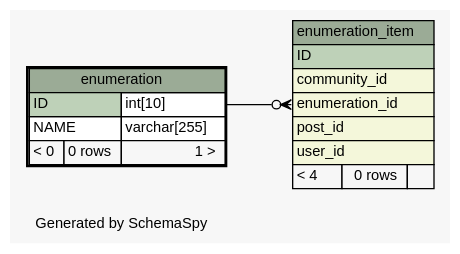
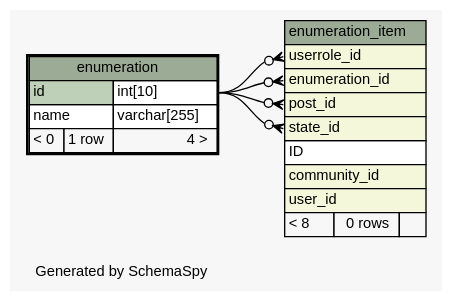
One commit to chr-krenn/chr-krenn-fhj-ws2017-sd17-pse changed the diagram in doc/db_schema/diagrams/enumeration.1degree.dot. Above: the diagram before and after it, drawn with Graphviz. The commit also changed 68 other files, not shown here.

Commit message:
update database schema documentation

```diff
--- a/doc/db_schema/diagrams/enumeration.1degree.dot
+++ b/doc/db_schema/diagrams/enumeration.1degree.dot
@@ -1,48 +1,53 @@
 // dot 2.40.1 on Linux 4.12.5-300.fc26.x86_64
 // SchemaSpy rev 590
 digraph "oneDegreeRelationshipsDiagram" {
   graph [
     rankdir="RL"
     bgcolor="#f7f7f7"
     label="\nGenerated by SchemaSpy"
     labeljust="l"
     nodesep="0.18"
     ranksep="0.46"
     fontname="Helvetica"
     fontsize="11"
   ];
   node [
     fontname="Helvetica"
     fontsize="11"
     shape="plaintext"
   ];
   edge [
     arrowsize="0.8"
   ];
-  "enumeration_item":"enumeration_id":w -> "enumeration":"ID.type":e [arrowhead=none dir=back arrowtail=crowodot];
+  "enumeration_item":"enumeration_id":w -> "enumeration":"id.type":e [arrowhead=none dir=back arrowtail=crowodot];
+  "enumeration_item":"post_id":w -> "enumeration":"id.type":e [arrowhead=none dir=back arrowtail=crowodot];
+  "enumeration_item":"state_id":w -> "enumeration":"id.type":e [arrowhead=none dir=back arrowtail=crowodot];
+  "enumeration_item":"userrole_id":w -> "enumeration":"id.type":e [arrowhead=none dir=back arrowtail=crowodot];
   "enumeration" [
     label=<
     <TABLE BORDER="2" CELLBORDER="1" CELLSPACING="0" BGCOLOR="#ffffff">
       <TR><TD COLSPAN="3" BGCOLOR="#9bab96" ALIGN="CENTER">enumeration</TD></TR>
-      <TR><TD PORT="ID" COLSPAN="2" BGCOLOR="#bed1b8" ALIGN="LEFT">ID</TD><TD PORT="ID.type" ALIGN="LEFT">int[10]</TD></TR>
-      <TR><TD PORT="NAME" COLSPAN="2" ALIGN="LEFT">NAME</TD><TD PORT="NAME.type" ALIGN="LEFT">varchar[255]</TD></TR>
-      <TR><TD ALIGN="LEFT" BGCOLOR="#f7f7f7">&lt; 0</TD><TD ALIGN="RIGHT" BGCOLOR="#f7f7f7">0 rows</TD><TD ALIGN="RIGHT" BGCOLOR="#f7f7f7">1 &gt;</TD></TR>
+      <TR><TD PORT="id" COLSPAN="2" BGCOLOR="#bed1b8" ALIGN="LEFT">id</TD><TD PORT="id.type" ALIGN="LEFT">int[10]</TD></TR>
+      <TR><TD PORT="name" COLSPAN="2" ALIGN="LEFT">name</TD><TD PORT="name.type" ALIGN="LEFT">varchar[255]</TD></TR>
+      <TR><TD ALIGN="LEFT" BGCOLOR="#f7f7f7">&lt; 0</TD><TD ALIGN="RIGHT" BGCOLOR="#f7f7f7">1 row</TD><TD ALIGN="RIGHT" BGCOLOR="#f7f7f7">4 &gt;</TD></TR>
     </TABLE>>
     URL="enumeration.html"
     tooltip="enumeration"
   ];
   "enumeration_item" [
     label=<
     <TABLE BORDER="0" CELLBORDER="1" CELLSPACING="0" BGCOLOR="#ffffff">
       <TR><TD COLSPAN="3" BGCOLOR="#9bab96" ALIGN="CENTER">enumeration_item</TD></TR>
-      <TR><TD PORT="ID" COLSPAN="3" BGCOLOR="#bed1b8" ALIGN="LEFT">ID</TD></TR>
-      <TR><TD PORT="community_id" COLSPAN="3" BGCOLOR="#f4f7da" ALIGN="LEFT">community_id</TD></TR>
+      <TR><TD PORT="userrole_id" COLSPAN="3" BGCOLOR="#f4f7da" ALIGN="LEFT">userrole_id</TD></TR>
       <TR><TD PORT="enumeration_id" COLSPAN="3" BGCOLOR="#f4f7da" ALIGN="LEFT">enumeration_id</TD></TR>
       <TR><TD PORT="post_id" COLSPAN="3" BGCOLOR="#f4f7da" ALIGN="LEFT">post_id</TD></TR>
+      <TR><TD PORT="state_id" COLSPAN="3" BGCOLOR="#f4f7da" ALIGN="LEFT">state_id</TD></TR>
+      <TR><TD PORT="ID" COLSPAN="3" ALIGN="LEFT">ID</TD></TR>
+      <TR><TD PORT="community_id" COLSPAN="3" BGCOLOR="#f4f7da" ALIGN="LEFT">community_id</TD></TR>
       <TR><TD PORT="user_id" COLSPAN="3" BGCOLOR="#f4f7da" ALIGN="LEFT">user_id</TD></TR>
-      <TR><TD ALIGN="LEFT" BGCOLOR="#f7f7f7">&lt; 4</TD><TD ALIGN="RIGHT" BGCOLOR="#f7f7f7">0 rows</TD><TD ALIGN="RIGHT" BGCOLOR="#f7f7f7">  </TD></TR>
+      <TR><TD ALIGN="LEFT" BGCOLOR="#f7f7f7">&lt; 8</TD><TD ALIGN="RIGHT" BGCOLOR="#f7f7f7">0 rows</TD><TD ALIGN="RIGHT" BGCOLOR="#f7f7f7">  </TD></TR>
     </TABLE>>
     URL="enumeration_item.html"
     tooltip="enumeration_item"
   ];
 }
```
